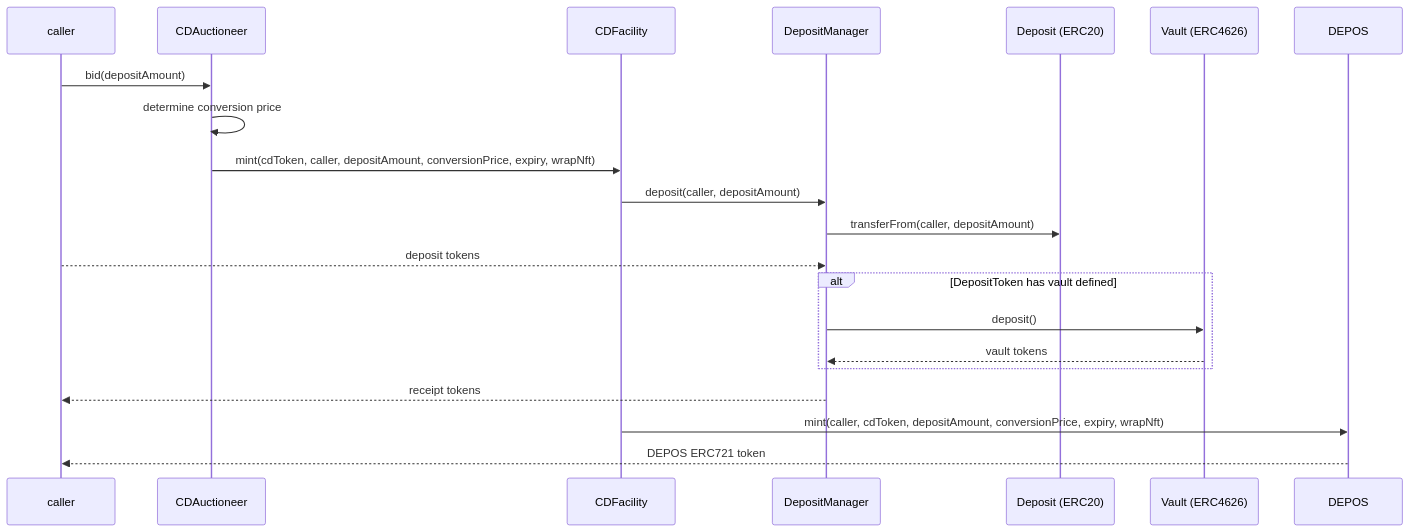
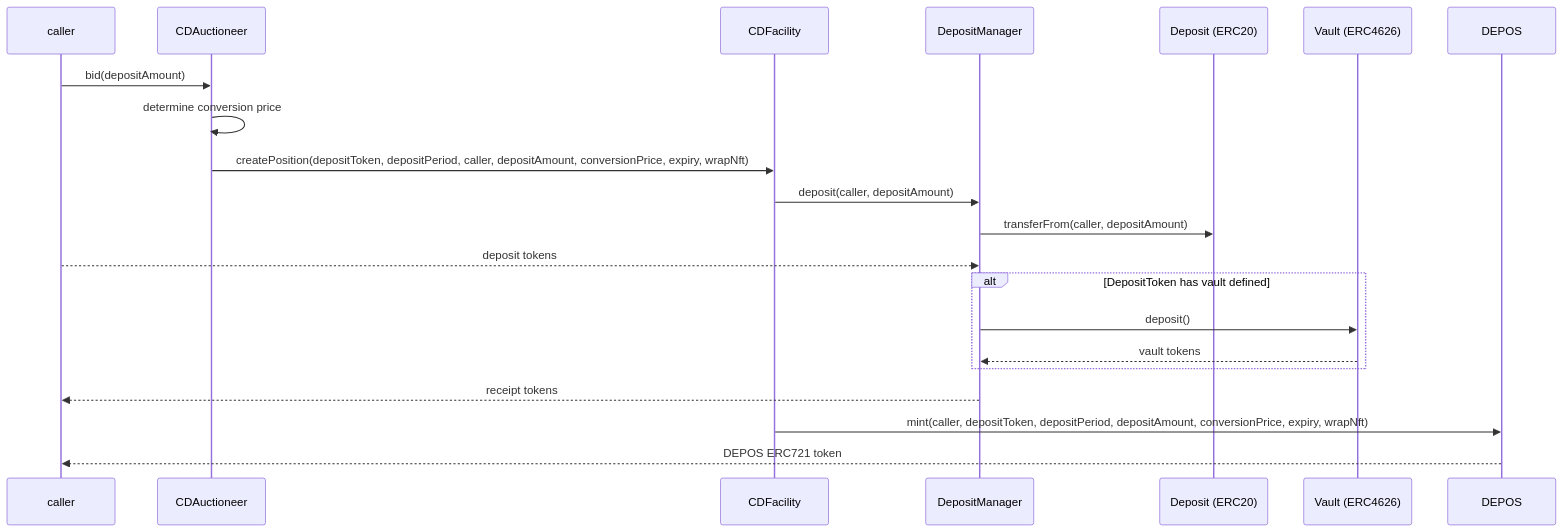
The third of 7 diagrams in audit/2025-01_convertible-deposits/README.md (OlympusDAO/olympus-v3), drawn with Mermaid before and after one commit. The commit also changed other lines of this file and 26 other files, not shown here.

````diff
--- a/audit/2025-01_convertible-deposits/README.md
+++ b/audit/2025-01_convertible-deposits/README.md
@@ -259,24 +261,24 @@
 ```mermaid
 sequenceDiagram
     participant caller
     participant CDAuctioneer
     participant CDFacility
     participant DepositManager
     participant DepositToken as Deposit (ERC20)
     participant VaultToken as Vault (ERC4626)
     participant DEPOS
 
     caller->>CDAuctioneer: bid(depositAmount)
     CDAuctioneer->>CDAuctioneer: determine conversion price
-    CDAuctioneer->>CDFacility: mint(cdToken, caller, depositAmount, conversionPrice, expiry, wrapNft)
+    CDAuctioneer->>CDFacility: createPosition(depositToken, depositPeriod, caller, depositAmount, conversionPrice, expiry, wrapNft)
     CDFacility->>DepositManager: deposit(caller, depositAmount)
     DepositManager->>DepositToken: transferFrom(caller, depositAmount)
     caller-->>DepositManager: deposit tokens
     alt DepositToken has vault defined
         DepositManager->>VaultToken: deposit()
         VaultToken-->>DepositManager: vault tokens
     end
     DepositManager-->>caller: receipt tokens
-    CDFacility->>DEPOS: mint(caller, cdToken, depositAmount, conversionPrice, expiry, wrapNft)
+    CDFacility->>DEPOS: mint(caller, depositToken, depositPeriod, depositAmount, conversionPrice, expiry, wrapNft)
     DEPOS-->>caller: DEPOS ERC721 token
 ```
````
